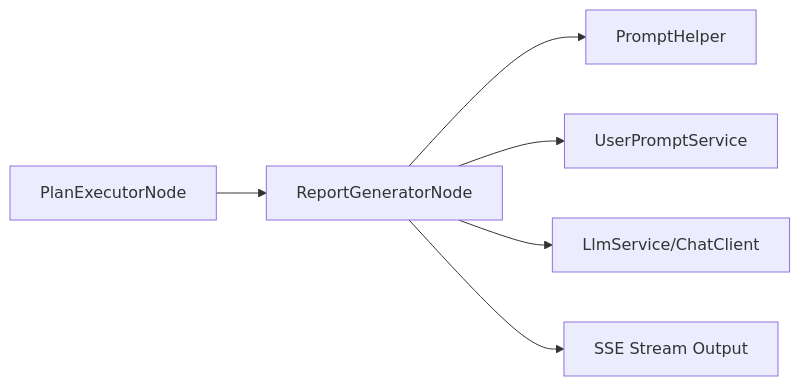
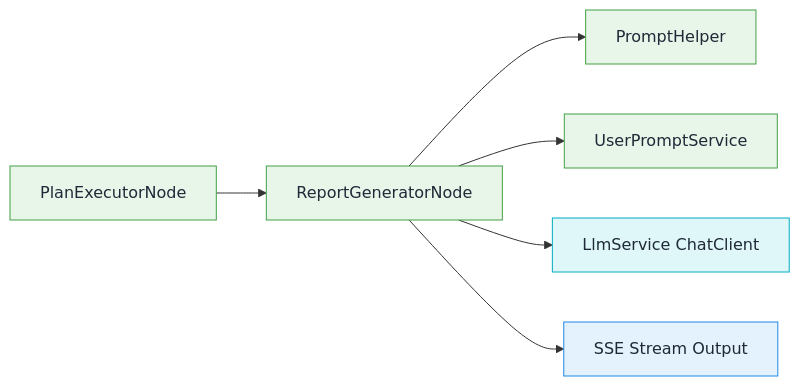
One commit to spring-ai-alibaba/DataAgent changed the ninth of 18 diagrams in README.md. Above: the diagram before and after it, drawn with Mermaid. The commit also changed other lines of this file, not shown here.

Commit message:
refactor: update README with improved diagram formatting and class definitions for better clarity

````diff
--- a/README.md
+++ b/README.md
@@ -219,8 +285,16 @@
 ```mermaid
 flowchart LR
   PlanExec[PlanExecutorNode] --> Report[ReportGeneratorNode]
   Report --> PromptHelper
   Report --> PromptSvc[UserPromptService]
-  Report --> LLM[LlmService/ChatClient]
+  Report --> LLM[LlmService ChatClient]
   Report --> Stream[SSE Stream Output]
+
+  classDef service fill:#E8F5E9,stroke:#43A047,stroke-width:1px,color:#1F2937;
+  classDef llm fill:#E0F7FA,stroke:#00ACC1,stroke-width:1px,color:#1F2937;
+  classDef api fill:#E3F2FD,stroke:#1E88E5,stroke-width:1px,color:#1F2937;
+
+  class PlanExec,Report,PromptHelper,PromptSvc service
+  class LLM llm
+  class Stream api
 ```
````
